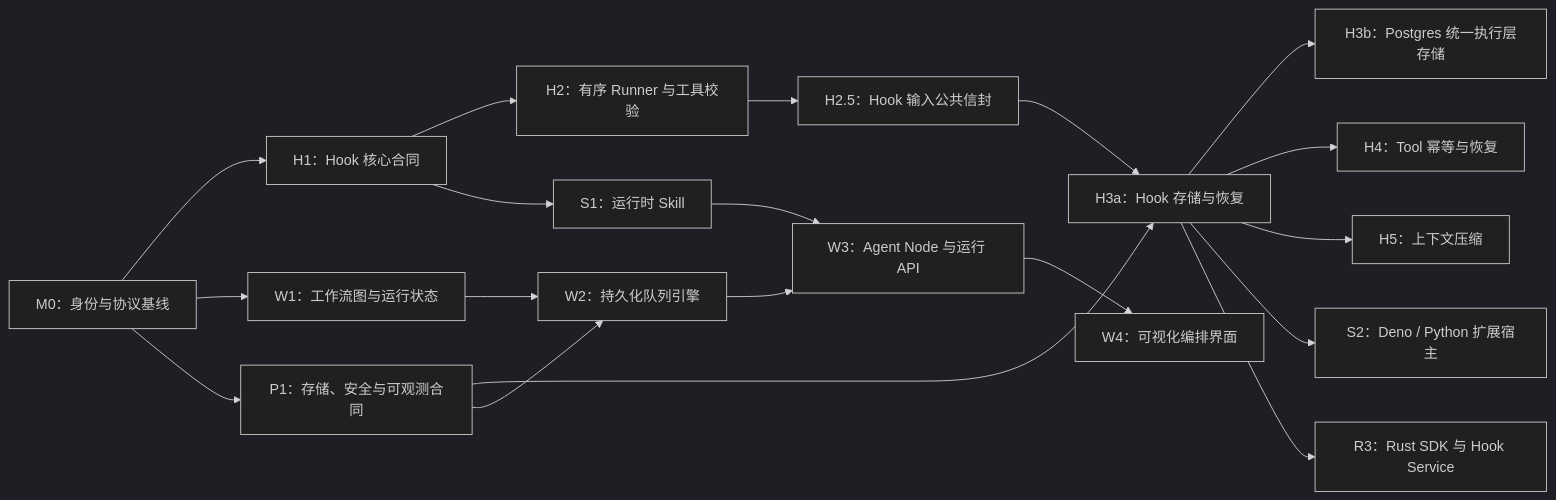
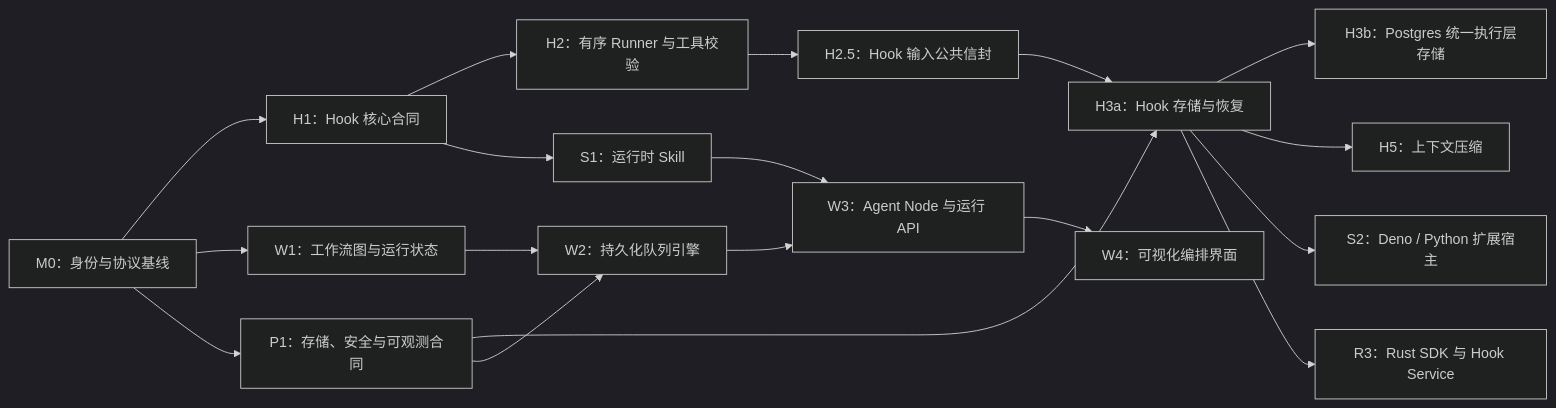
The diagram in TODO.md (time-gift24/stratum), drawn with Mermaid (dark theme) before and after one commit. The commit also changed other lines of this file and 78 other files, not shown here.

````diff
--- a/TODO.md
+++ b/TODO.md
@@ -21,24 +21,23 @@
 ```mermaid
 flowchart LR
     M0["M0：身份与协议基线"] --> H1["H1：Hook 核心合同"]
     H1 --> H2["H2：有序 Runner 与工具校验"]
     H2 --> H25["H2.5：Hook 输入公共信封"]
     H25 --> H3["H3a：Hook 存储与恢复"]
     H3 --> H3B["H3b：Postgres 统一执行层存储"]
-    H3 --> H4["H4：Tool 幂等与恢复"]
     H3 --> H5["H5：上下文压缩"]
     H3 --> S2["S2：Deno / Python 扩展宿主"]
     H3 --> R3["R3：Rust SDK 与 Hook Service"]
 
     M0 --> W1["W1：工作流图与运行状态"]
     W1 --> W2["W2：持久化队列引擎"]
     W2 --> W3["W3：Agent Node 与运行 API"]
     W3 --> W4["W4：可视化编排界面"]
 
     H1 --> S1["S1：运行时 Skill"]
     S1 --> W3
 
     M0 --> P1["P1：存储、安全与可观测合同"]
     P1 --> H3
     P1 --> W2
 ```
````
